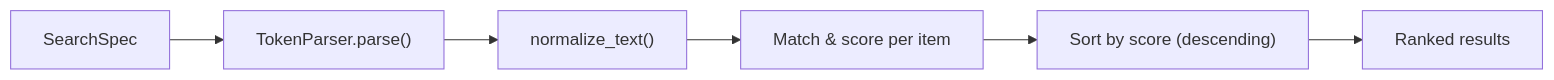
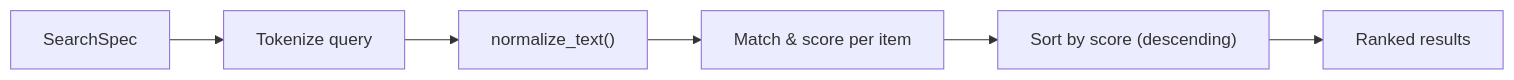
The diagram in docs/concepts/search-relevance.md (CybLow/paginate), drawn with Mermaid before and after one commit. The commit also changed other lines of this file and 12 other files, not shown here.

````diff
--- a/docs/concepts/search-relevance.md
+++ b/docs/concepts/search-relevance.md
@@ -11,8 +11,8 @@
 ```{mermaid}
 graph LR
-    Q["SearchSpec"] --> T["TokenParser.parse()"]
+    Q["SearchSpec"] --> T["Tokenize query"]
     T --> N["normalize_text()"]
     N --> M["Match & score per item"]
     M --> R["Sort by score (descending)"]
     R --> O["Ranked results"]
 ```
````
